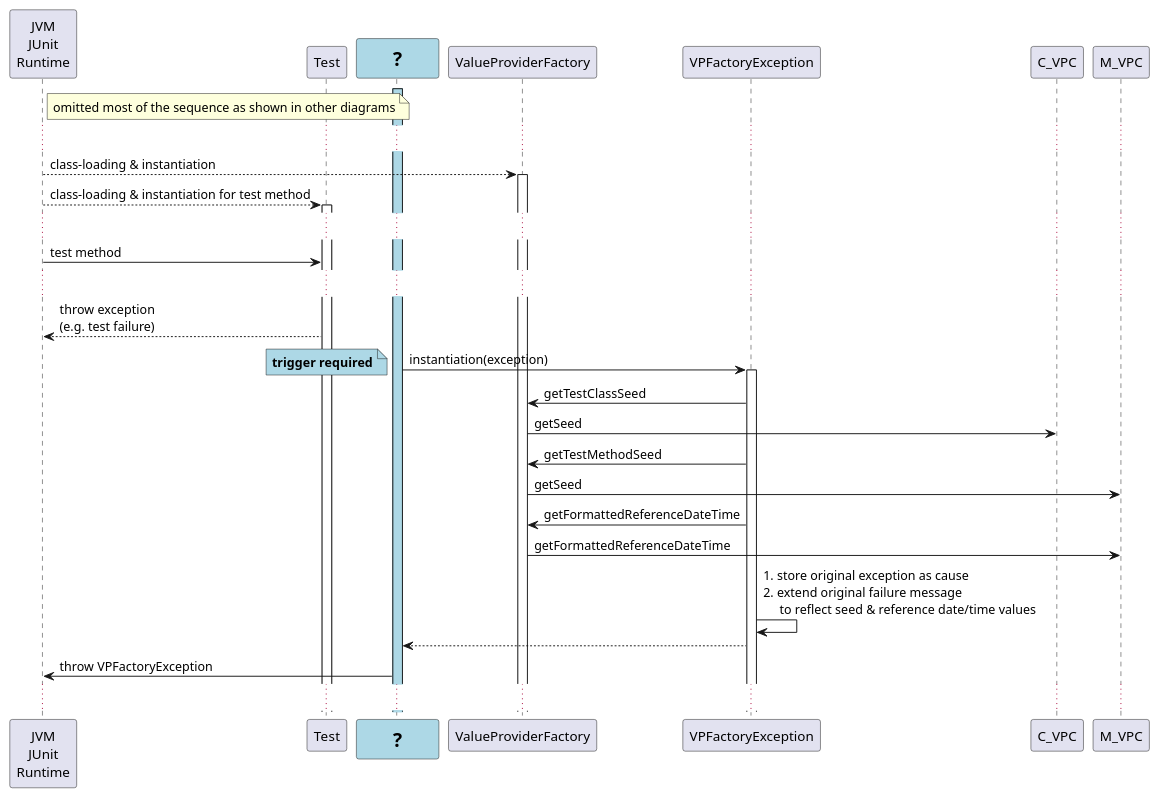
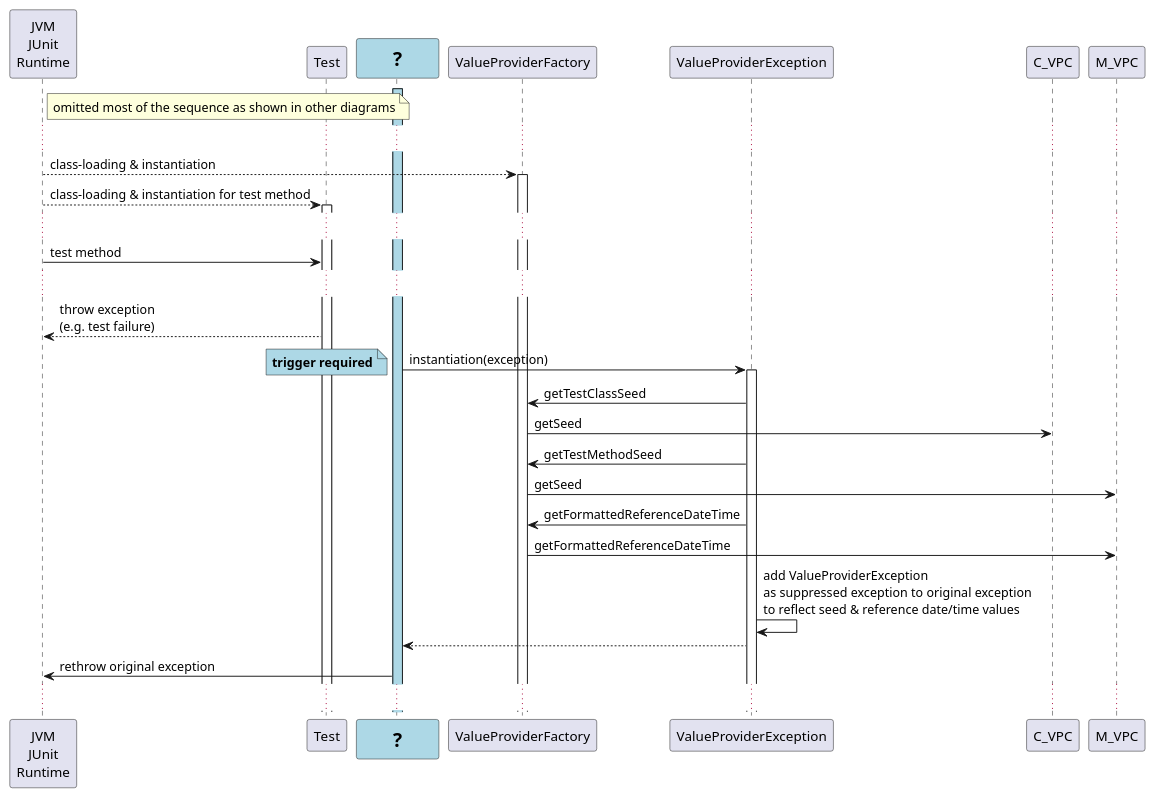
Before and after one commit to TNG/value-provider: the diagram in doc/test-failure.puml, drawn with PlantUML.

Commit message:
Update failure handling to current implementation

```diff
--- a/doc/test-failure.puml
+++ b/doc/test-failure.puml
@@ -1,34 +1,34 @@
 @startuml
 participant "JVM\nJUnit\nRuntime" as JVM
 note right of JVM : omitted most of the sequence as shown in other diagrams
 participant "Test" as T_A
 participant "<b><size:20>      ?      </size></b>" as TBI #lightblue
 activate TBI #lightblue
 participant "ValueProviderFactory" as VPF
-participant "VPFactoryException" as EX
+participant "ValueProviderException" as EX
 ...
 
 JVM --> VPF : class-loading & instantiation
 activate VPF
 
 JVM --> T_A : class-loading & instantiation for test method
 activate T_A
 ...
 JVM -> T_A : test method
 ...
 T_A --> JVM : throw exception\n(e.g. test failure)
 TBI -> EX : instantiation(exception)
 note left #lightblue : <b>trigger required</b>
 activate EX
 EX -> VPF : getTestClassSeed
 VPF -> C_VPC : getSeed
 EX -> VPF : getTestMethodSeed
 VPF -> M_VPC : getSeed
 EX -> VPF : getFormattedReferenceDateTime
 VPF -> M_VPC : getFormattedReferenceDateTime
-EX -> EX : 1. store original exception as cause\n2. extend original failure message\n     to reflect seed & reference date/time values
+EX -> EX : add ValueProviderException\nas suppressed exception to original exception\nto reflect seed & reference date/time values
 EX --> TBI
-TBI -> JVM: throw VPFactoryException
+TBI -> JVM: rethrow original exception
 ...
 
 @enduml
```
